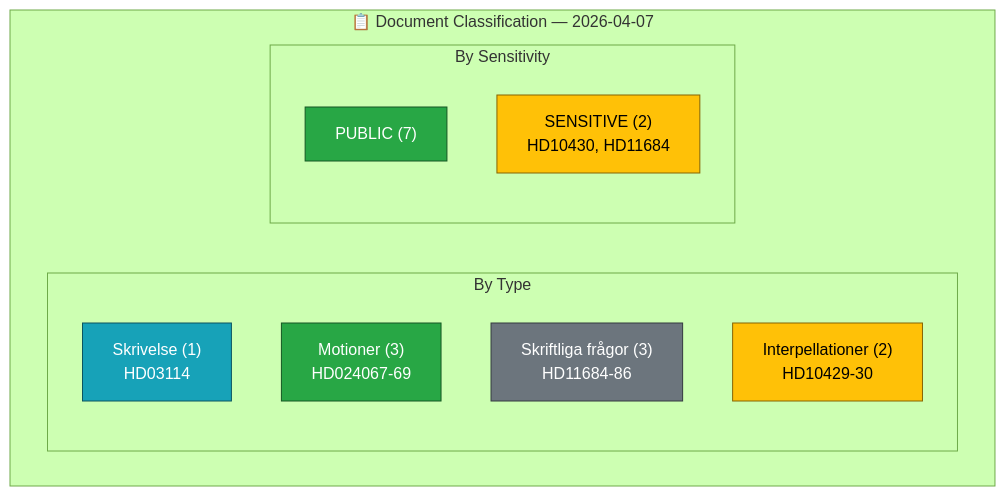
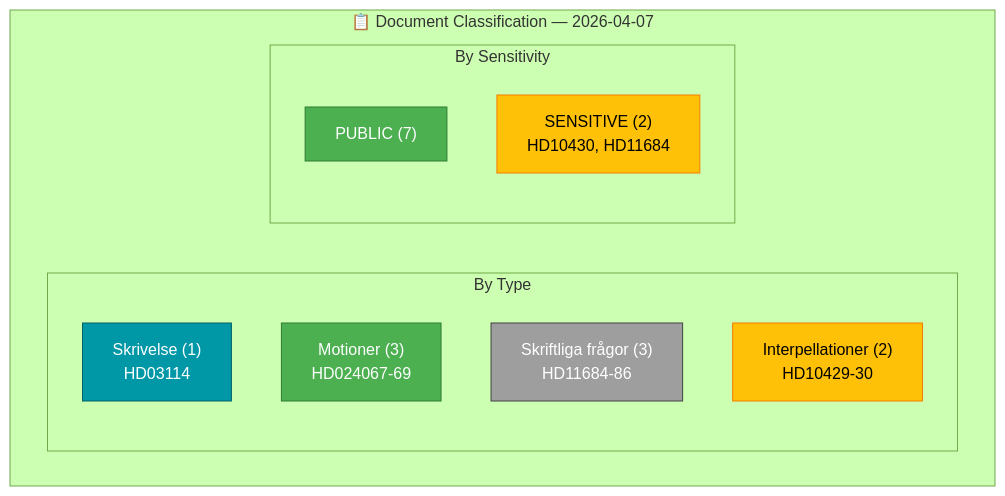
The diagram in analysis/daily/2026-04-07/realtime-1411/classification-results.md (Hack23/riksdagsmonitor), drawn with Mermaid (forest theme) before and after one commit. The commit also changed 785 other files, not shown here.

First line of the commit message:
Normalize mermaid colors across 786 analysis artifacts to ISMS Style Guide palette

````diff
--- a/analysis/daily/2026-04-07/realtime-1411/classification-results.md
+++ b/analysis/daily/2026-04-07/realtime-1411/classification-results.md
@@ -13,21 +13,21 @@
 ```mermaid
 graph TD
     subgraph "📋 Document Classification — 2026-04-07"
         subgraph "By Type"
             SKR["Skrivelse (1)<br>HD03114"]
             MOT["Motioner (3)<br>HD024067-69"]
             FR["Skriftliga frågor (3)<br>HD11684-86"]
             IP["Interpellationer (2)<br>HD10429-30"]
         end
         subgraph "By Sensitivity"
             PUB["PUBLIC (7)"]
             SENS["SENSITIVE (2)<br>HD10430, HD11684"]
         end
     end
-    style SKR fill:#17a2b8,stroke:#0c5460,color:#fff
-    style MOT fill:#28a745,stroke:#155724,color:#fff
-    style FR fill:#6c757d,stroke:#343a40,color:#fff
-    style IP fill:#ffc107,stroke:#856404,color:#000
-    style PUB fill:#28a745,stroke:#155724,color:#fff
-    style SENS fill:#ffc107,stroke:#856404,color:#000
+    style SKR fill:#0097A7,stroke:#006064,color:#FFFFFF
+    style MOT fill:#4CAF50,stroke:#2E7D32,color:#FFFFFF
+    style FR fill:#9E9E9E,stroke:#424242,color:#FFFFFF
+    style IP fill:#FFC107,stroke:#F57C00,color:#000000
+    style PUB fill:#4CAF50,stroke:#2E7D32,color:#FFFFFF
+    style SENS fill:#FFC107,stroke:#F57C00,color:#000000
 ```
````
